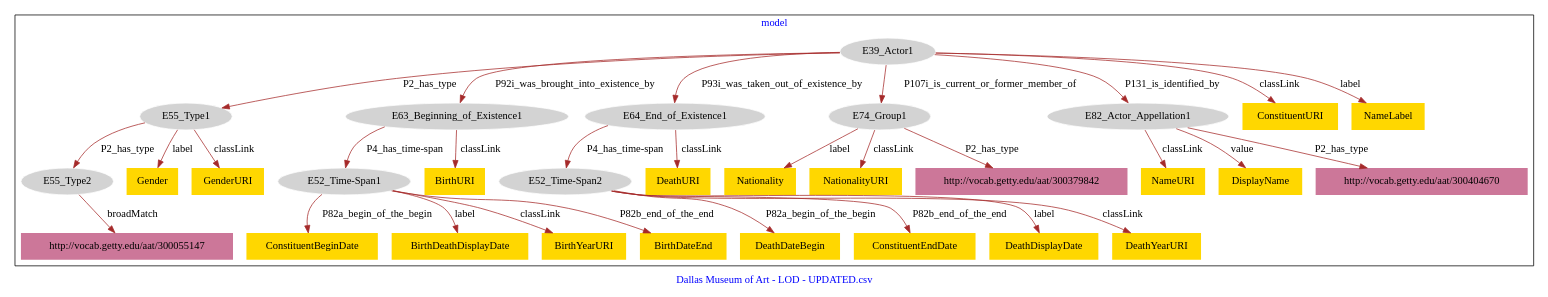
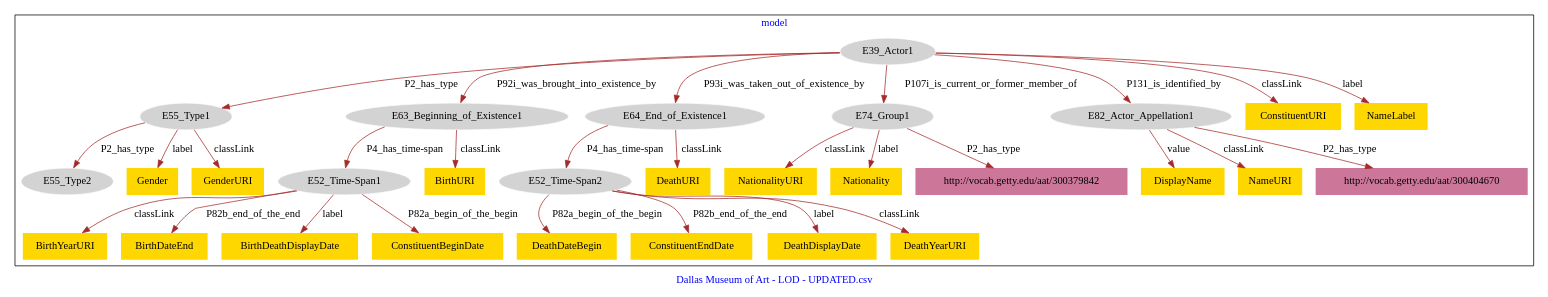
One commit to american-art/DMA changed the diagram in Constituents/DMA_Constituents-model.dot. Above: the diagram before and after it, drawn with Graphviz.

Commit message:
Update file DMA_Constituents-model.dot

```diff
--- a/Constituents/DMA_Constituents-model.dot
+++ b/Constituents/DMA_Constituents-model.dot
@@ -1,67 +1,65 @@
 digraph n0 {
 fontcolor="blue"
 remincross="true"
 label="Dallas Museum of Art - LOD - UPDATED.csv"
 subgraph cluster {
 label="model"
 n2[style="filled",color="white",fillcolor="lightgray",label="E39_Actor1"];
 n3[style="filled",color="white",fillcolor="lightgray",label="E55_Type1"];
 n4[style="filled",color="white",fillcolor="lightgray",label="E63_Beginning_of_Existence1"];
 n5[style="filled",color="white",fillcolor="lightgray",label="E64_End_of_Existence1"];
 n6[style="filled",color="white",fillcolor="lightgray",label="E74_Group1"];
 n7[style="filled",color="white",fillcolor="lightgray",label="E82_Actor_Appellation1"];
 n8[style="filled",color="white",fillcolor="lightgray",label="E55_Type2"];
 n9[style="filled",color="white",fillcolor="lightgray",label="E52_Time-Span1"];
 n10[style="filled",color="white",fillcolor="lightgray",label="E52_Time-Span2"];
-n11[shape="plaintext",style="filled",fillcolor="gold",label="Nationality"];
-n12[shape="plaintext",style="filled",fillcolor="gold",label="ConstituentBeginDate"];
-n13[shape="plaintext",style="filled",fillcolor="gold",label="BirthDeathDisplayDate"];
-n14[shape="plaintext",style="filled",fillcolor="gold",label="NameURI"];
-n15[shape="plaintext",style="filled",fillcolor="gold",label="DeathDateBegin"];
-n16[shape="plaintext",style="filled",fillcolor="gold",label="DisplayName"];
-n17[shape="plaintext",style="filled",fillcolor="gold",label="Gender"];
+n11[shape="plaintext",style="filled",fillcolor="gold",label="DeathURI"];
+n12[shape="plaintext",style="filled",fillcolor="gold",label="NationalityURI"];
+n13[shape="plaintext",style="filled",fillcolor="gold",label="BirthYearURI"];
+n14[shape="plaintext",style="filled",fillcolor="gold",label="BirthURI"];
+n15[shape="plaintext",style="filled",fillcolor="gold",label="BirthDateEnd"];
+n16[shape="plaintext",style="filled",fillcolor="gold",label="DeathDateBegin"];
+n17[shape="plaintext",style="filled",fillcolor="gold",label="DisplayName"];
 n18[shape="plaintext",style="filled",fillcolor="gold",label="ConstituentURI"];
-n19[shape="plaintext",style="filled",fillcolor="gold",label="ConstituentEndDate"];
-n20[shape="plaintext",style="filled",fillcolor="gold",label="DeathDisplayDate"];
-n21[shape="plaintext",style="filled",fillcolor="gold",label="BirthYearURI"];
-n22[shape="plaintext",style="filled",fillcolor="gold",label="BirthURI"];
-n23[shape="plaintext",style="filled",fillcolor="gold",label="NationalityURI"];
-n24[shape="plaintext",style="filled",fillcolor="gold",label="GenderURI"];
-n25[shape="plaintext",style="filled",fillcolor="gold",label="DeathURI"];
-n26[shape="plaintext",style="filled",fillcolor="gold",label="NameLabel"];
-n27[shape="plaintext",style="filled",fillcolor="gold",label="BirthDateEnd"];
+n19[shape="plaintext",style="filled",fillcolor="gold",label="Gender"];
+n20[shape="plaintext",style="filled",fillcolor="gold",label="GenderURI"];
+n21[shape="plaintext",style="filled",fillcolor="gold",label="BirthDeathDisplayDate"];
+n22[shape="plaintext",style="filled",fillcolor="gold",label="Nationality"];
+n23[shape="plaintext",style="filled",fillcolor="gold",label="ConstituentEndDate"];
+n24[shape="plaintext",style="filled",fillcolor="gold",label="ConstituentBeginDate"];
+n25[shape="plaintext",style="filled",fillcolor="gold",label="NameURI"];
+n26[shape="plaintext",style="filled",fillcolor="gold",label="DeathDisplayDate"];
+n27[shape="plaintext",style="filled",fillcolor="gold",label="NameLabel"];
 n28[shape="plaintext",style="filled",fillcolor="gold",label="DeathYearURI"];
 n29[shape="plaintext",style="filled",fillcolor="#CC7799",label="http://vocab.getty.edu/aat/300404670"];
 n30[shape="plaintext",style="filled",fillcolor="#CC7799",label="http://vocab.getty.edu/aat/300379842"];
-n31[shape="plaintext",style="filled",fillcolor="#CC7799",label="http://vocab.getty.edu/aat/300055147"];
 }
 n2 -> n3[color="brown",fontcolor="black",label="P2_has_type"]
 n2 -> n4[color="brown",fontcolor="black",label="P92i_was_brought_into_existence_by"]
 n2 -> n5[color="brown",fontcolor="black",label="P93i_was_taken_out_of_existence_by"]
 n2 -> n6[color="brown",fontcolor="black",label="P107i_is_current_or_former_member_of"]
 n2 -> n7[color="brown",fontcolor="black",label="P131_is_identified_by"]
 n3 -> n8[color="brown",fontcolor="black",label="P2_has_type"]
 n4 -> n9[color="brown",fontcolor="black",label="P4_has_time-span"]
 n5 -> n10[color="brown",fontcolor="black",label="P4_has_time-span"]
-n6 -> n11[color="brown",fontcolor="black",label="label"]
-n9 -> n12[color="brown",fontcolor="black",label="P82a_begin_of_the_begin"]
-n9 -> n13[color="brown",fontcolor="black",label="label"]
-n7 -> n14[color="brown",fontcolor="black",label="classLink"]
-n10 -> n15[color="brown",fontcolor="black",label="P82a_begin_of_the_begin"]
-n7 -> n16[color="brown",fontcolor="black",label="value"]
-n3 -> n17[color="brown",fontcolor="black",label="label"]
+n5 -> n11[color="brown",fontcolor="black",label="classLink"]
+n6 -> n12[color="brown",fontcolor="black",label="classLink"]
+n9 -> n13[color="brown",fontcolor="black",label="classLink"]
+n4 -> n14[color="brown",fontcolor="black",label="classLink"]
+n9 -> n15[color="brown",fontcolor="black",label="P82b_end_of_the_end"]
+n10 -> n16[color="brown",fontcolor="black",label="P82a_begin_of_the_begin"]
+n7 -> n17[color="brown",fontcolor="black",label="value"]
 n2 -> n18[color="brown",fontcolor="black",label="classLink"]
-n10 -> n19[color="brown",fontcolor="black",label="P82b_end_of_the_end"]
-n10 -> n20[color="brown",fontcolor="black",label="label"]
-n9 -> n21[color="brown",fontcolor="black",label="classLink"]
-n4 -> n22[color="brown",fontcolor="black",label="classLink"]
-n6 -> n23[color="brown",fontcolor="black",label="classLink"]
-n3 -> n24[color="brown",fontcolor="black",label="classLink"]
-n5 -> n25[color="brown",fontcolor="black",label="classLink"]
-n2 -> n26[color="brown",fontcolor="black",label="label"]
-n9 -> n27[color="brown",fontcolor="black",label="P82b_end_of_the_end"]
+n3 -> n19[color="brown",fontcolor="black",label="label"]
+n3 -> n20[color="brown",fontcolor="black",label="classLink"]
+n9 -> n21[color="brown",fontcolor="black",label="label"]
+n6 -> n22[color="brown",fontcolor="black",label="label"]
+n10 -> n23[color="brown",fontcolor="black",label="P82b_end_of_the_end"]
+n9 -> n24[color="brown",fontcolor="black",label="P82a_begin_of_the_begin"]
+n7 -> n25[color="brown",fontcolor="black",label="classLink"]
+n10 -> n26[color="brown",fontcolor="black",label="label"]
+n2 -> n27[color="brown",fontcolor="black",label="label"]
 n10 -> n28[color="brown",fontcolor="black",label="classLink"]
 n7 -> n29[color="brown",fontcolor="black",label="P2_has_type"]
 n6 -> n30[color="brown",fontcolor="black",label="P2_has_type"]
-n8 -> n31[color="brown",fontcolor="black",label="broadMatch"]
 }
```
